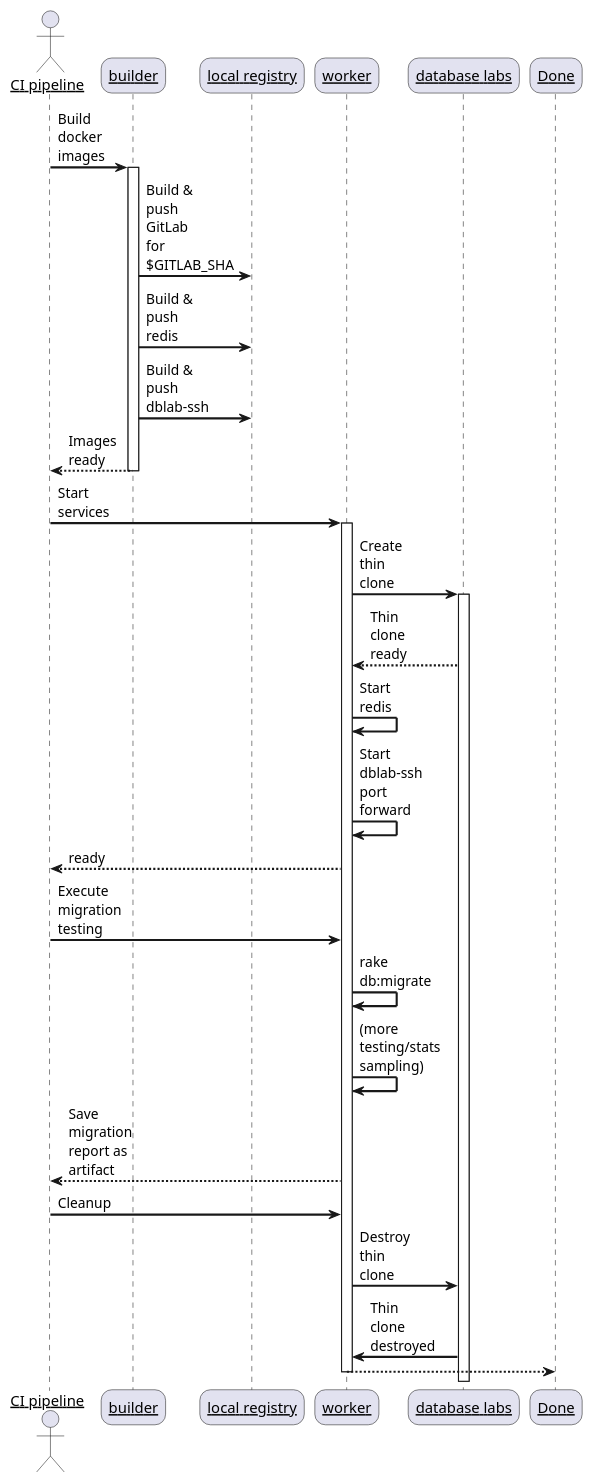
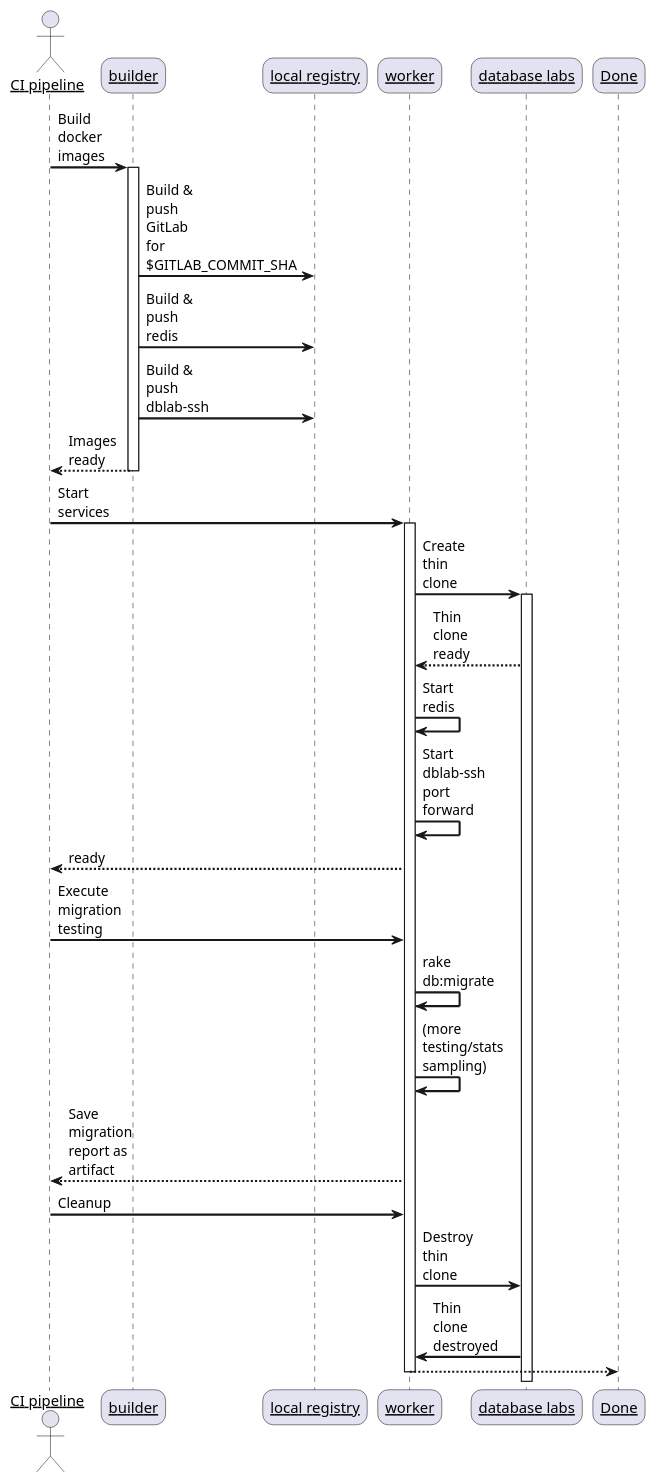
The second of 2 diagrams in README.md (pavangk7/gitlab-com-database-testing), drawn with PlantUML before and after one commit. The commit also changed other lines of this file and 2 other files, not shown here.

Commit message:
Rename to GITLAB_COMMIT_SHA

````diff
--- a/README.md
+++ b/README.md
@@ -68,46 +68,46 @@
 ```plantuml
 @startuml
 skinparam sequenceArrowThickness 2
 skinparam roundcorner 20
 skinparam maxmessagesize 60
 skinparam sequenceParticipant underline
 
 actor "CI pipeline" as User
 participant "builder" as A
 participant "local registry" as D
 participant "worker" as B
 participant "database labs" as C
 
 User -> A: Build docker images
 activate A
 
-A -> D: Build & push GitLab for $GITLAB_SHA
+A -> D: Build & push GitLab for $GITLAB_COMMIT_SHA
 A -> D: Build & push redis
 A -> D: Build & push dblab-ssh
 
 A --> User: Images ready
 deactivate A
 
 User -> B: Start services
 activate B
 
 B -> C: Create thin clone
 activate C
 C --> B: Thin clone ready
 B -> B: Start redis
 B -> B: Start dblab-ssh port forward
 
 B --> User: ready
 
 User -> B: Execute migration testing
 B -> B: rake db:migrate
 B -> B: (more testing/stats sampling)
 B --> User: Save migration report as artifact
 
 User -> B: Cleanup
 B -> C: Destroy thin clone
 C -> B: Thin clone destroyed
 B --> Done
 
 deactivate B
 ```
````
